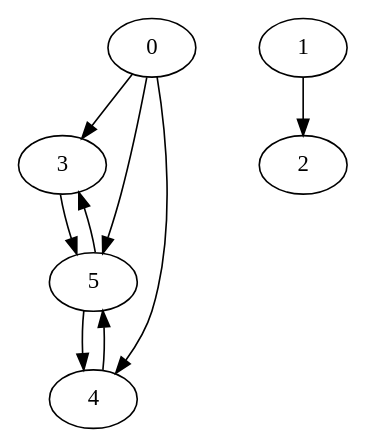
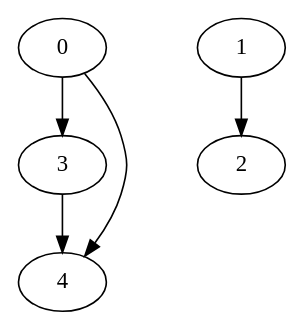
Before and after one commit to XushengLuo92/Hierarchical-LTL: the diagram in routing_graph.dot, drawn with Graphviz. The commit also changed 56 other files, not shown here.

```diff
--- a/routing_graph.dot
+++ b/routing_graph.dot
@@ -1,17 +1,12 @@
 strict digraph "" {
 	graph [type=routing_graph];
 	0	[location_type_component_task_element="['r1', 1, 1, -1]"];
-	3	[location_type_component_task_element="['p3', 1, 1, 'p100', 2]"];
-	0 -> 3	[weight=10];
-	4	[location_type_component_task_element="['p4', 1, 1, 'p200', 1]"];
-	0 -> 4	[weight=10];
-	5	[location_type_component_task_element="['p5', 1, 1, 'p300', 1]"];
-	0 -> 5	[weight=10];
+	3	[location_type_component_task_element="['p2', 1, 1, 'p100', 1]"];
+	0 -> 3	[weight=12];
+	4	[location_type_component_task_element="['p4', 1, 1, 'p100', 2]"];
+	0 -> 4	[weight=5];
 	1	[location_type_component_task_element="['r2', 2, 1, -1]"];
-	2	[location_type_component_task_element="['p2', 2, 1, 'p100', 1]"];
-	1 -> 2	[weight=10];
-	3 -> 5	[weight=10];
-	4 -> 5	[weight=10];
-	5 -> 3	[weight=10];
-	5 -> 4	[weight=10];
+	2	[location_type_component_task_element="['p1', 2, 1, 'p0', 2]"];
+	1 -> 2	[weight=9];
+	3 -> 4	[weight=9];
 }
```
